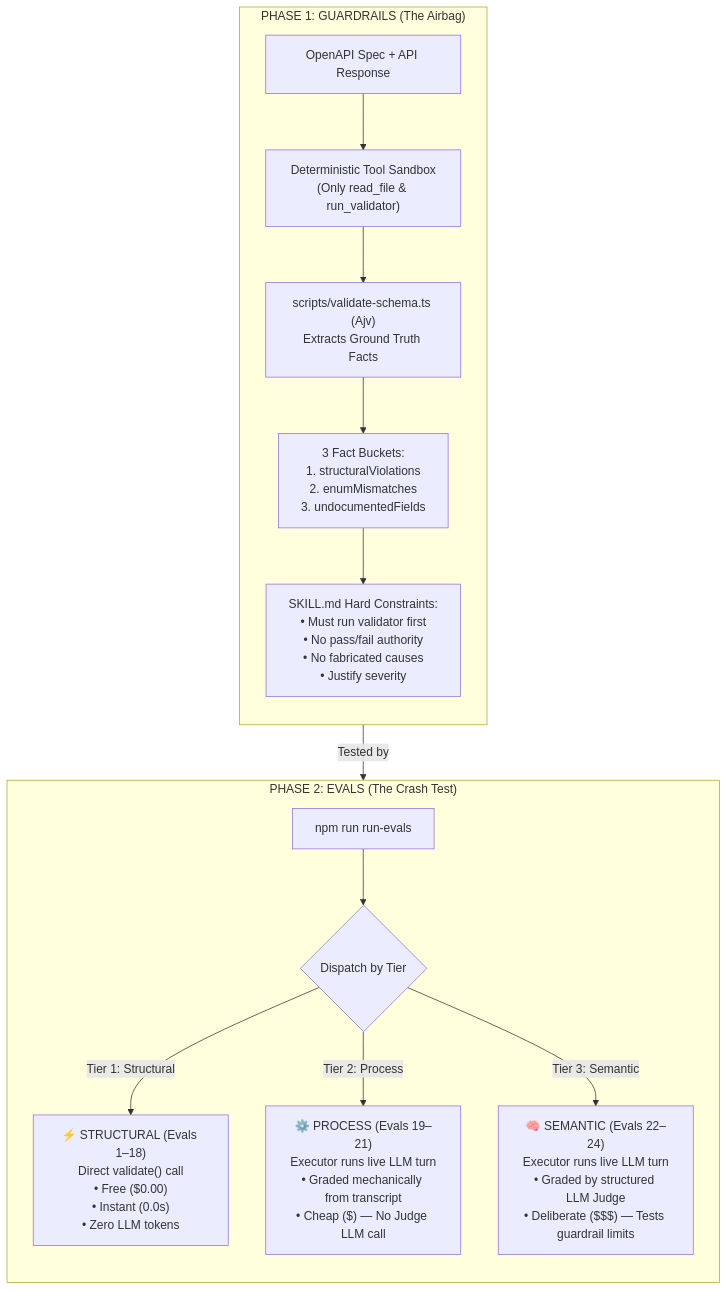
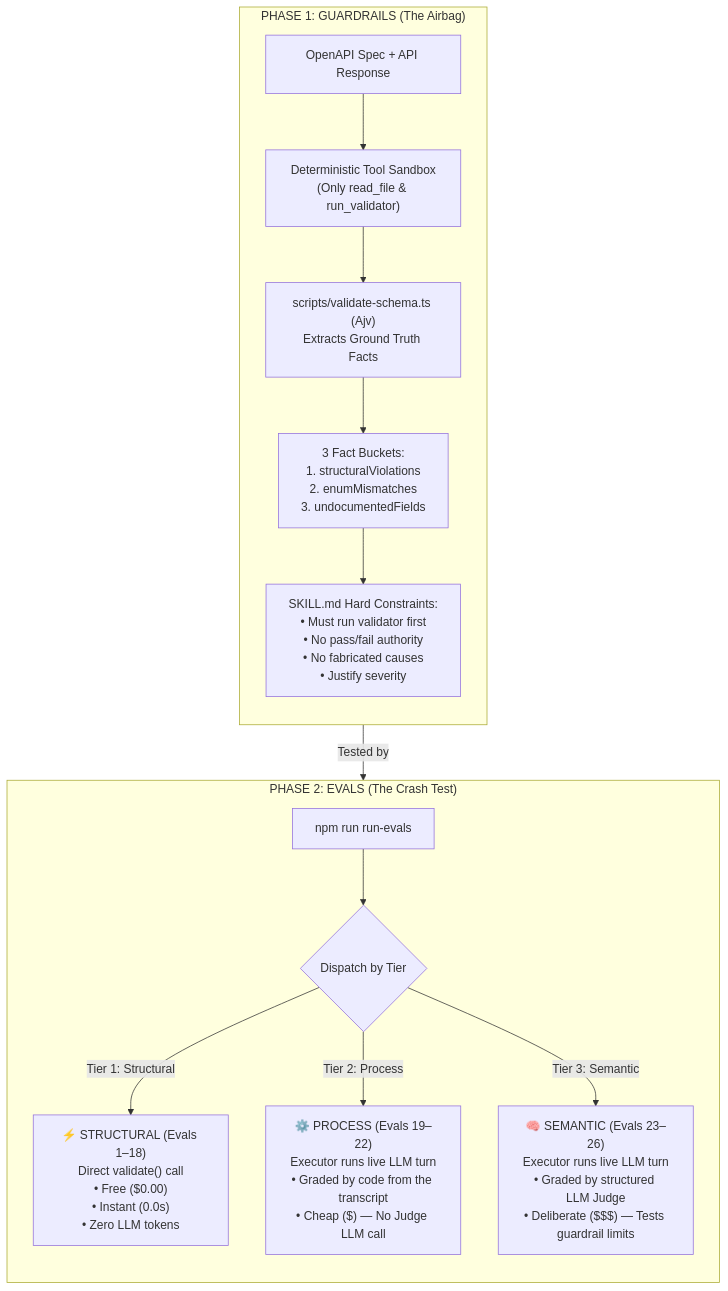
The first of 2 diagrams in README.md (mmaneesh/Guardrails_And_Evals), drawn with Mermaid before and after one commit. The commit also changed other lines of this file and 10 other files, not shown here.

Commit message:
feat: enhance evals with new process rules and trials functionality

````diff
--- a/README.md
+++ b/README.md
@@ -45,23 +57,23 @@
 ```mermaid
 flowchart TD
     subgraph PHASE1["PHASE 1: GUARDRAILS (The Airbag)"]
         direction TB
         InputData["OpenAPI Spec + API Response"] --> ToolSandbox["Deterministic Tool Sandbox<br/>(Only read_file & run_validator)"]
         ToolSandbox --> Validator["scripts/validate-schema.ts (Ajv)<br/>Extracts Ground Truth Facts"]
         Validator --> ThreeBuckets["3 Fact Buckets:<br/>1. structuralViolations<br/>2. enumMismatches<br/>3. undocumentedFields"]
         ThreeBuckets --> Rules["SKILL.md Hard Constraints:<br/>• Must run validator first<br/>• No pass/fail authority<br/>• No fabricated causes<br/>• Justify severity"]
     end
 
     subgraph PHASE2["PHASE 2: EVALS (The Crash Test)"]
         direction TB
         EvalsRunner["npm run run-evals"] --> TierRouter{"Dispatch by Tier"}
 
         TierRouter -->|"Tier 1: Structural"| T1["⚡ STRUCTURAL (Evals 1–18)<br/>Direct validate() call<br/>• Free ($0.00)<br/>• Instant (0.0s)<br/>• Zero LLM tokens"]
 
-        TierRouter -->|"Tier 2: Process"| T2["⚙️ PROCESS (Evals 19–21)<br/>Executor runs live LLM turn<br/>• Graded mechanically from transcript<br/>• Cheap ($) — No Judge LLM call"]
+        TierRouter -->|"Tier 2: Process"| T2["⚙️ PROCESS (Evals 19–22)<br/>Executor runs live LLM turn<br/>• Graded by code from the transcript<br/>• Cheap ($) — No Judge LLM call"]
 
-        TierRouter -->|"Tier 3: Semantic"| T3["🧠 SEMANTIC (Evals 22–24)<br/>Executor runs live LLM turn<br/>• Graded by structured LLM Judge<br/>• Deliberate ($$$) — Tests guardrail limits"]
+        TierRouter -->|"Tier 3: Semantic"| T3["🧠 SEMANTIC (Evals 23–26)<br/>Executor runs live LLM turn<br/>• Graded by structured LLM Judge<br/>• Deliberate ($$$) — Tests guardrail limits"]
     end
 
     PHASE1 -->|Tested by| PHASE2
 ```
````
